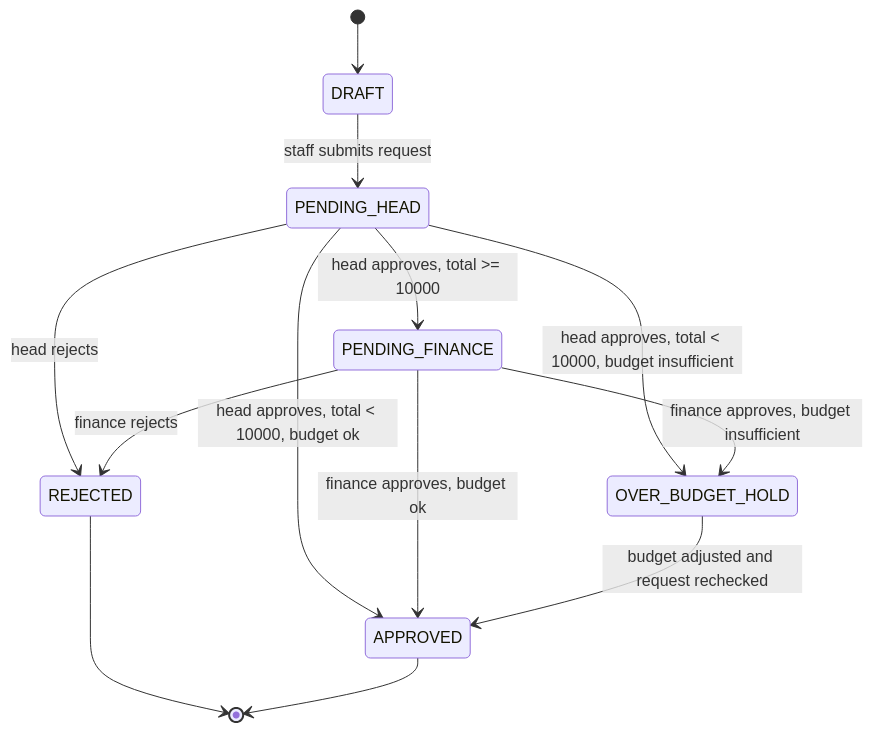
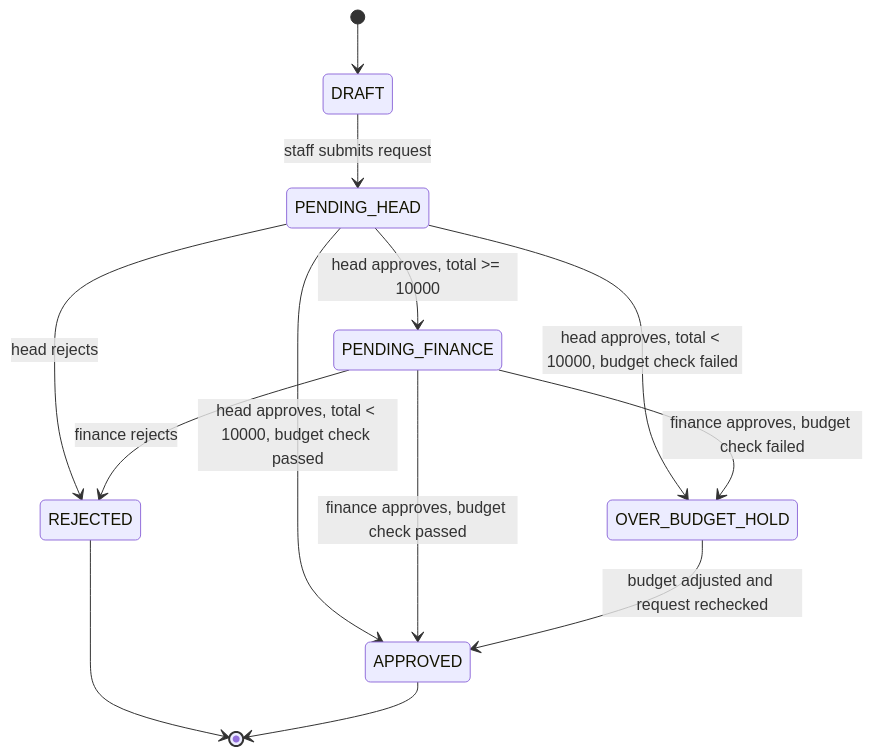
The third of 3 diagrams in README.md (Kishore423/procurement-budget-system), drawn with Mermaid before and after one commit. The commit also changed other lines of this file, not shown here.

````diff
--- a/README.md
+++ b/README.md
@@ -103,15 +116,15 @@
 ```mermaid
 stateDiagram-v2
     [*] --> DRAFT
     DRAFT --> PENDING_HEAD: staff submits request
     PENDING_HEAD --> REJECTED: head rejects
-    PENDING_HEAD --> APPROVED: head approves, total < 10000, budget ok
-    PENDING_HEAD --> OVER_BUDGET_HOLD: head approves, total < 10000, budget insufficient
+    PENDING_HEAD --> APPROVED: head approves, total < 10000, budget check passed
+    PENDING_HEAD --> OVER_BUDGET_HOLD: head approves, total < 10000, budget check failed
     PENDING_HEAD --> PENDING_FINANCE: head approves, total >= 10000
     PENDING_FINANCE --> REJECTED: finance rejects
-    PENDING_FINANCE --> APPROVED: finance approves, budget ok
-    PENDING_FINANCE --> OVER_BUDGET_HOLD: finance approves, budget insufficient
+    PENDING_FINANCE --> APPROVED: finance approves, budget check passed
+    PENDING_FINANCE --> OVER_BUDGET_HOLD: finance approves, budget check failed
     OVER_BUDGET_HOLD --> APPROVED: budget adjusted and request rechecked
     REJECTED --> [*]
     APPROVED --> [*]
 ```
````
